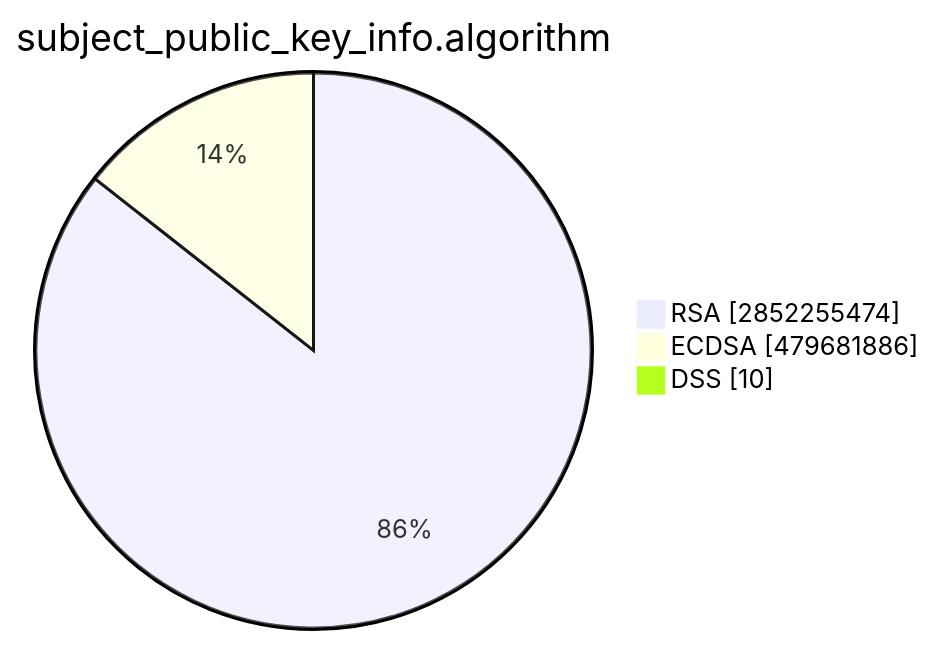
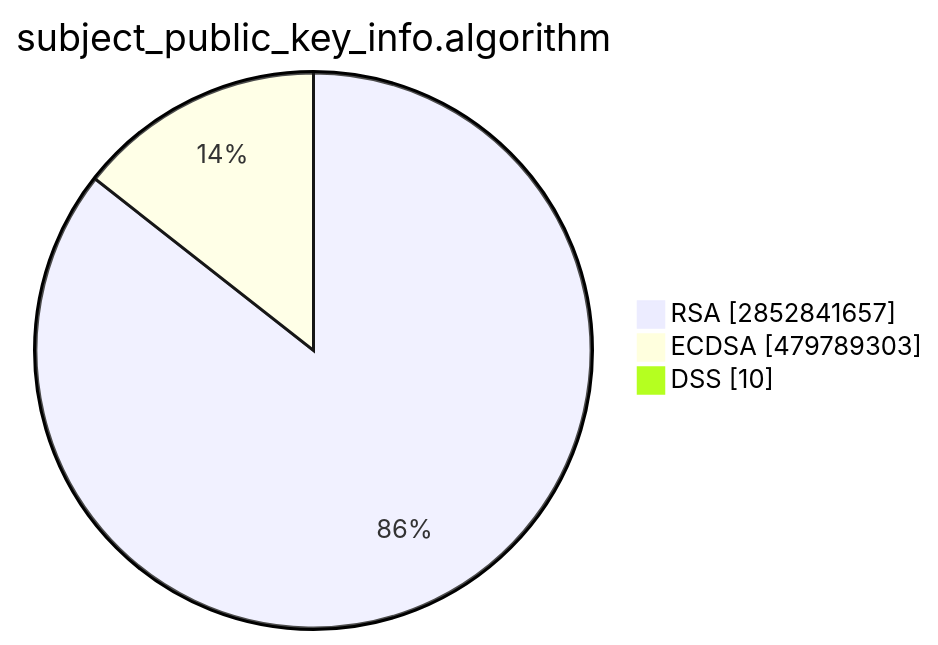
One commit to christiankrug/ctmonitor_visualization changed the second of 15 diagrams in TOTAL/README.md. Above: the diagram before and after it, drawn with Mermaid. The commit also changed other lines of this file, not shown here.

````diff
--- a/TOTAL/README.md
+++ b/TOTAL/README.md
@@ -6,7 +6,7 @@
 ```mermaid
 pie showData
 title subject_public_key_info.algorithm
-"RSA" :2852255474
-"ECDSA" :479681886
+"RSA" :2852841657
+"ECDSA" :479789303
 "DSS" :10
 ```
````
